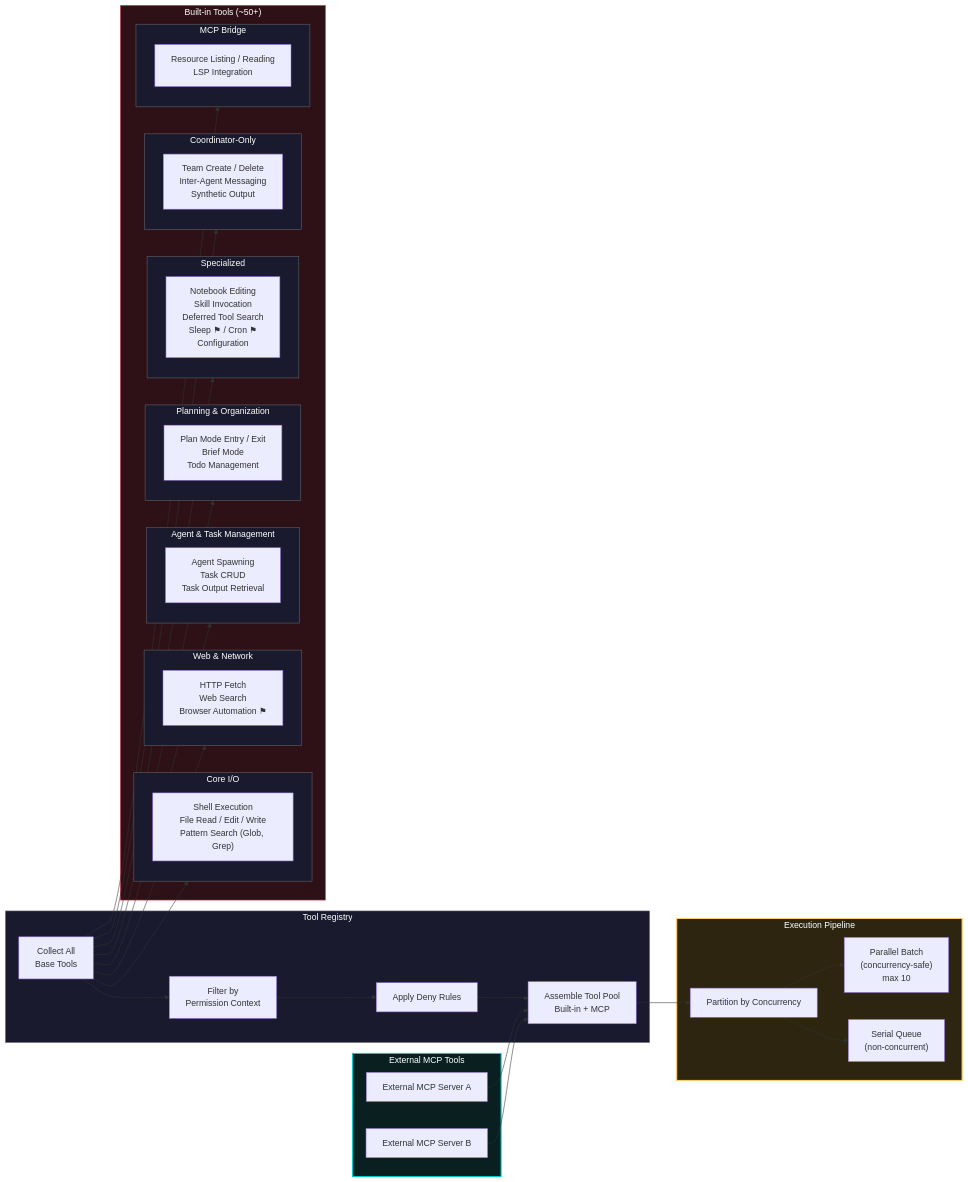
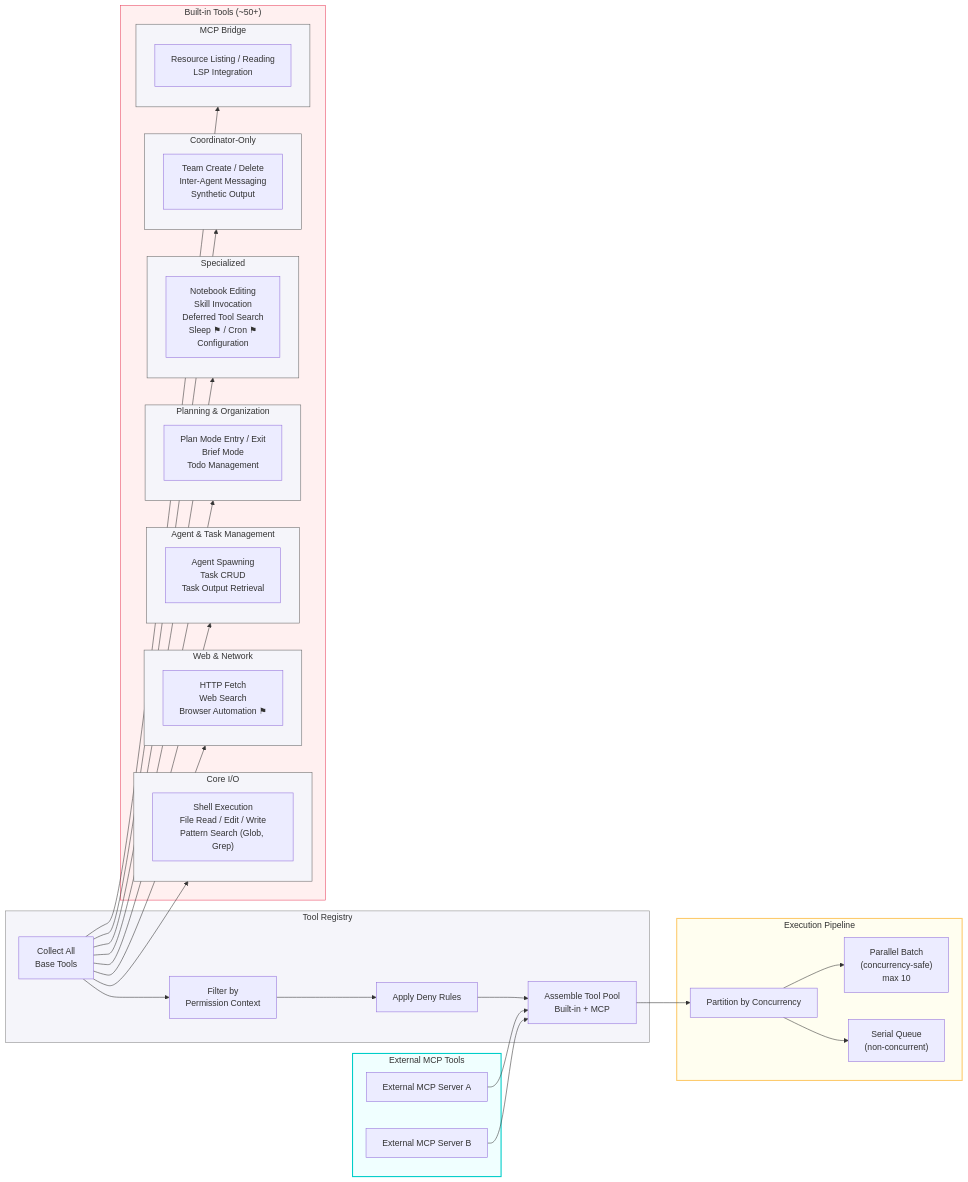
One commit to PavelValentov/multi-agent-architecture changed the fifth of 14 diagrams in DIAGRAMS.md. Above: the diagram before and after it, drawn with Mermaid. The commit also changed other lines of this file, not shown here.

First line of the commit message:
Switch diagram backgrounds to light pastels for white theme compatibility

````diff
--- a/DIAGRAMS.md
+++ b/DIAGRAMS.md
@@ -455,79 +455,79 @@
 ```mermaid
 graph LR
     subgraph Registry["Tool Registry"]
         GET_ALL["Collect All<br/>Base Tools"]
         GET_TOOLS["Filter by<br/>Permission Context"]
         ASSEMBLE["Assemble Tool Pool<br/>Built-in + MCP"]
         FILTER["Apply Deny Rules"]
     end
 
     subgraph BuiltInTools["Built-in Tools (~50+)"]
         subgraph IO["Core I/O"]
             IO_TOOLS["Shell Execution<br/>File Read / Edit / Write<br/>Pattern Search (Glob, Grep)"]
         end
 
         subgraph Web["Web & Network"]
             WEB_TOOLS["HTTP Fetch<br/>Web Search<br/>Browser Automation ⚑"]
         end
 
         subgraph Agent["Agent & Task Management"]
             AGENT_TOOLS["Agent Spawning<br/>Task CRUD<br/>Task Output Retrieval"]
         end
 
         subgraph Planning["Planning & Organization"]
             PLAN_TOOLS["Plan Mode Entry / Exit<br/>Brief Mode<br/>Todo Management"]
         end
 
         subgraph Specialized["Specialized"]
             SPEC_TOOLS["Notebook Editing<br/>Skill Invocation<br/>Deferred Tool Search<br/>Sleep ⚑ / Cron ⚑<br/>Configuration"]
         end
 
         subgraph CoordTools["Coordinator-Only"]
             COORD_TOOLS["Team Create / Delete<br/>Inter-Agent Messaging<br/>Synthetic Output"]
         end
 
         subgraph MCPBridge["MCP Bridge"]
             MCP_BRIDGE_TOOLS["Resource Listing / Reading<br/>LSP Integration"]
         end
     end
 
     subgraph External["External MCP Tools"]
         MCP_SERVER["External MCP Server A"]
         MCP_SERVER2["External MCP Server B"]
     end
 
     GET_ALL --> IO
     GET_ALL --> Web
     GET_ALL --> Agent
     GET_ALL --> Planning
     GET_ALL --> Specialized
     GET_ALL --> CoordTools
     GET_ALL --> MCPBridge
     GET_ALL --> GET_TOOLS
     GET_TOOLS --> FILTER
     FILTER --> ASSEMBLE
     MCP_SERVER --> ASSEMBLE
     MCP_SERVER2 --> ASSEMBLE
 
     subgraph Execution["Execution Pipeline"]
         PARTITION["Partition by Concurrency"]
         PAR["Parallel Batch<br/>(concurrency-safe)<br/>max 10"]
         SER["Serial Queue<br/>(non-concurrent)"]
     end
 
     ASSEMBLE --> PARTITION
     PARTITION --> PAR
     PARTITION --> SER
 
-    style Registry fill:#1a1a2e,stroke:#888,stroke-width:1px,color:#fff
-    style BuiltInTools fill:#2d1117,stroke:#e94560,stroke-width:1px,color:#fff
-    style IO fill:#1a1a2e,stroke:#666,stroke-width:1px,color:#fff
-    style Web fill:#1a1a2e,stroke:#666,stroke-width:1px,color:#fff
-    style Agent fill:#1a1a2e,stroke:#666,stroke-width:1px,color:#fff
-    style Planning fill:#1a1a2e,stroke:#666,stroke-width:1px,color:#fff
-    style Specialized fill:#1a1a2e,stroke:#666,stroke-width:1px,color:#fff
-    style CoordTools fill:#1a1a2e,stroke:#666,stroke-width:1px,color:#fff
-    style MCPBridge fill:#1a1a2e,stroke:#666,stroke-width:1px,color:#fff
-    style External fill:#0a2020,stroke:#00cec9,stroke-width:2px,color:#fff
-    style Execution fill:#2d2510,stroke:#fdcb6e,stroke-width:2px,color:#fff
+    style Registry fill:#f5f5fa,stroke:#888,stroke-width:1px,color:#333
+    style BuiltInTools fill:#fff0f0,stroke:#e94560,stroke-width:1px,color:#333
+    style IO fill:#f5f5fa,stroke:#666,stroke-width:1px,color:#333
+    style Web fill:#f5f5fa,stroke:#666,stroke-width:1px,color:#333
+    style Agent fill:#f5f5fa,stroke:#666,stroke-width:1px,color:#333
+    style Planning fill:#f5f5fa,stroke:#666,stroke-width:1px,color:#333
+    style Specialized fill:#f5f5fa,stroke:#666,stroke-width:1px,color:#333
+    style CoordTools fill:#f5f5fa,stroke:#666,stroke-width:1px,color:#333
+    style MCPBridge fill:#f5f5fa,stroke:#666,stroke-width:1px,color:#333
+    style External fill:#f0ffff,stroke:#00cec9,stroke-width:2px,color:#333
+    style Execution fill:#fffef0,stroke:#fdcb6e,stroke-width:2px,color:#333
 ```
````
